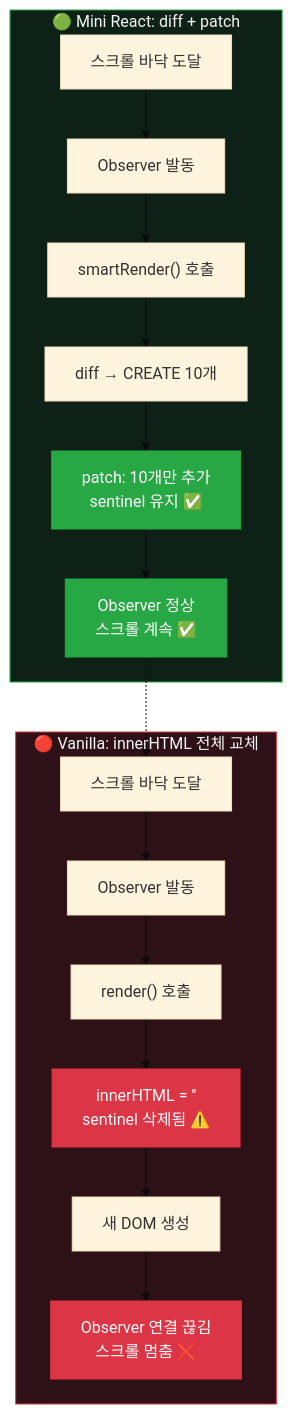
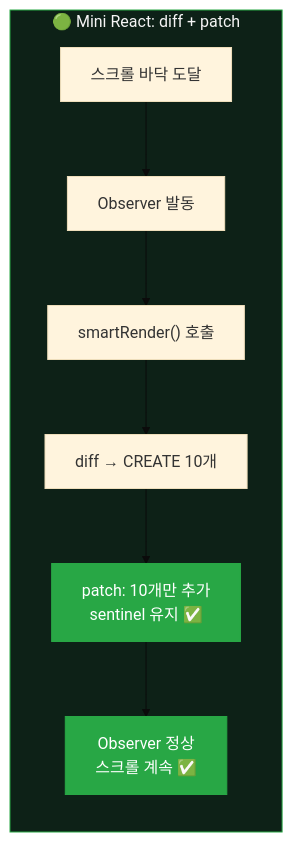
Before and after one commit to JYPark-Code/jungle_w4_react_vdom_diff: the fifth of 6 diagrams in README.md, drawn with Mermaid (base theme).

Commit message:
docs(readme): 인피니트 스크롤 다이어그램 수평 2행 배치로 변경
하나의 graph TD 안에 두 subgraph를 넣으면 좌우 평행 배치가 되어
가독성이 떨어지는 문제가 있었음.
독립된 graph LR 다이어그램 2개로 분리하여
초록(Mini React)이 위, 빨강(Vanilla)이 아래에 수평 흐름으로 표시되도록 개선.

````diff
--- a/README.md
+++ b/README.md
@@ -191,27 +191,14 @@
 ```mermaid
-graph TD
+graph LR
     subgraph VDOM["🟢 Mini React: diff + patch"]
         M1["스크롤 바닥 도달"] --> M2["Observer 발동"]
         M2 --> M3["smartRender() 호출"]
         M3 --> M4["diff → CREATE 10개"]
         M4 --> M5["patch: 10개만 추가<br/>sentinel 유지 ✅"]
         M5 --> M6["Observer 정상<br/>스크롤 계속 ✅"]
     end
 
-    M6 -.-> V1
-
-    subgraph VANILLA["🔴 Vanilla: innerHTML 전체 교체"]
-        V1["스크롤 바닥 도달"] --> V2["Observer 발동"]
-        V2 --> V3["render() 호출"]
-        V3 --> V4["innerHTML = ''<br/>sentinel 삭제됨 ⚠️"]
-        V4 --> V5["새 DOM 생성"]
-        V5 --> V6["Observer 연결 끊김<br/>스크롤 멈춤 ❌"]
-    end
-
-    style VANILLA fill:#2d1117,stroke:#dc3545,color:#f5f5f5
     style VDOM fill:#0d2117,stroke:#28a745,color:#f5f5f5
-    style V4 fill:#dc3545,stroke:#dc3545,color:#fff
-    style V6 fill:#dc3545,stroke:#dc3545,color:#fff
     style M5 fill:#28a745,stroke:#28a745,color:#fff
     style M6 fill:#28a745,stroke:#28a745,color:#fff
 ```
````
